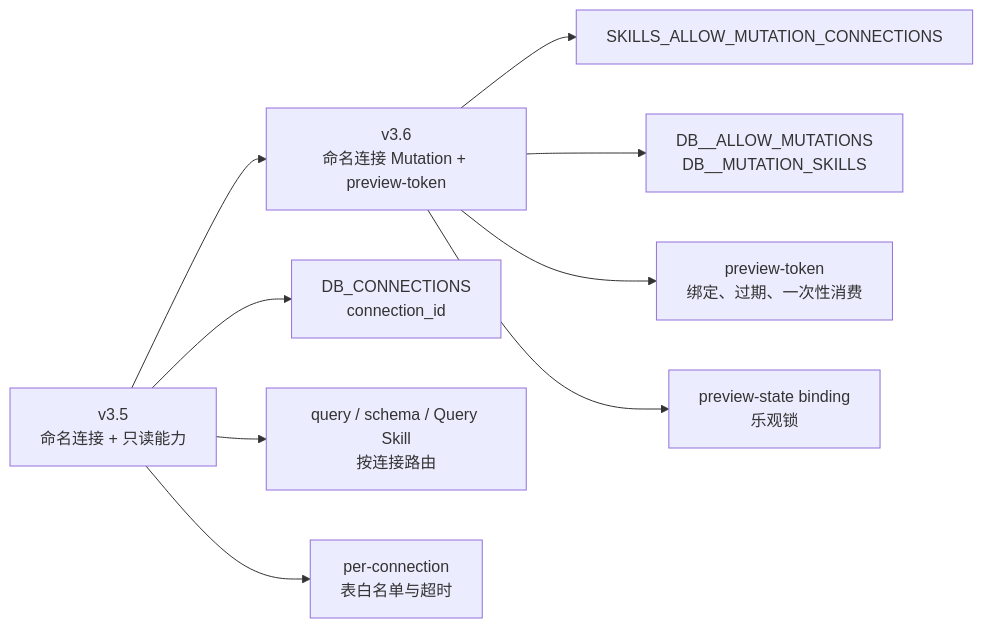
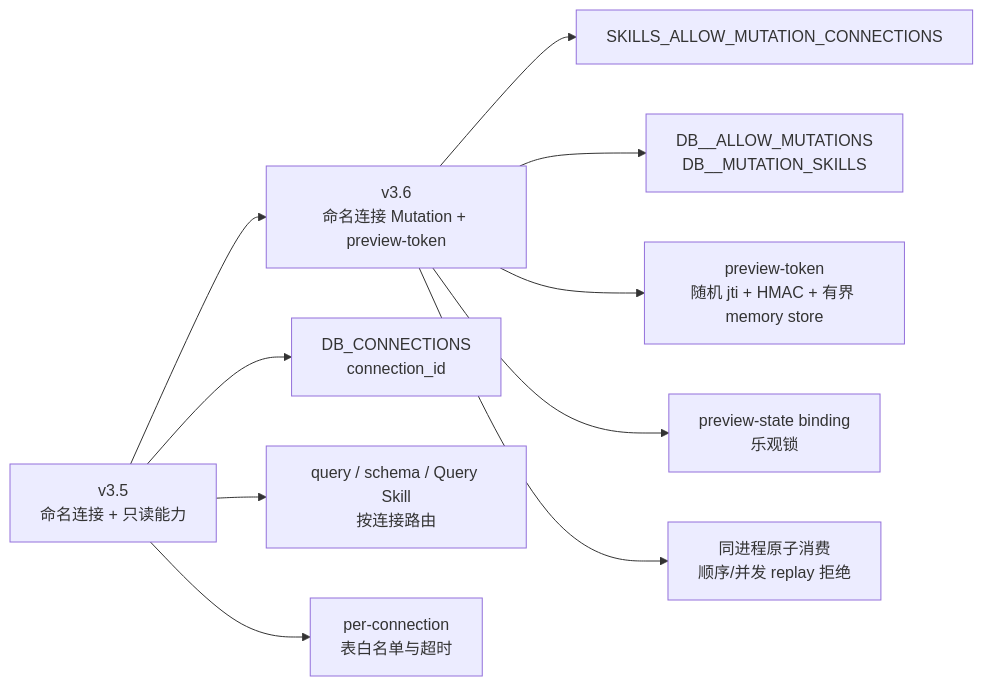
The first of 5 diagrams in RELEASE_NOTES/GUIDE/V3_5_V3_6_SKILLS_GUIDE_ZH.md (Firstmeridian/llm-sql-safety-executor-mcp), drawn with Mermaid before and after one commit. The commit also changed other lines of this file and 26 other files, not shown here.

First line of the commit message:
fix(v3.6.1): harden mutation preview-token lifecycle

````diff
--- a/RELEASE_NOTES/GUIDE/V3_5_V3_6_SKILLS_GUIDE_ZH.md
+++ b/RELEASE_NOTES/GUIDE/V3_5_V3_6_SKILLS_GUIDE_ZH.md
@@ -28,13 +29,14 @@
 ```mermaid
 flowchart LR
     V35["v3.5\n命名连接 + 只读能力"] --> V36["v3.6\n命名连接 Mutation + preview-token"]
 
     V35 --> R1["DB_CONNECTIONS\nconnection_id"]
     V35 --> R2["query / schema / Query Skill\n按连接路由"]
     V35 --> R3["per-connection\n表白名单与超时"]
 
     V36 --> W1["SKILLS_ALLOW_MUTATION_CONNECTIONS"]
     V36 --> W2["DB_<ID>_ALLOW_MUTATIONS\nDB_<ID>_MUTATION_SKILLS"]
-    V36 --> W3["preview-token\n绑定、过期、一次性消费"]
+    V36 --> W3["preview-token\n随机 jti + HMAC + 有界 memory store"]
     V36 --> W4["preview-state binding\n乐观锁"]
+    V36 --> W5["同进程原子消费\n顺序/并发 replay 拒绝"]
 ```
````
